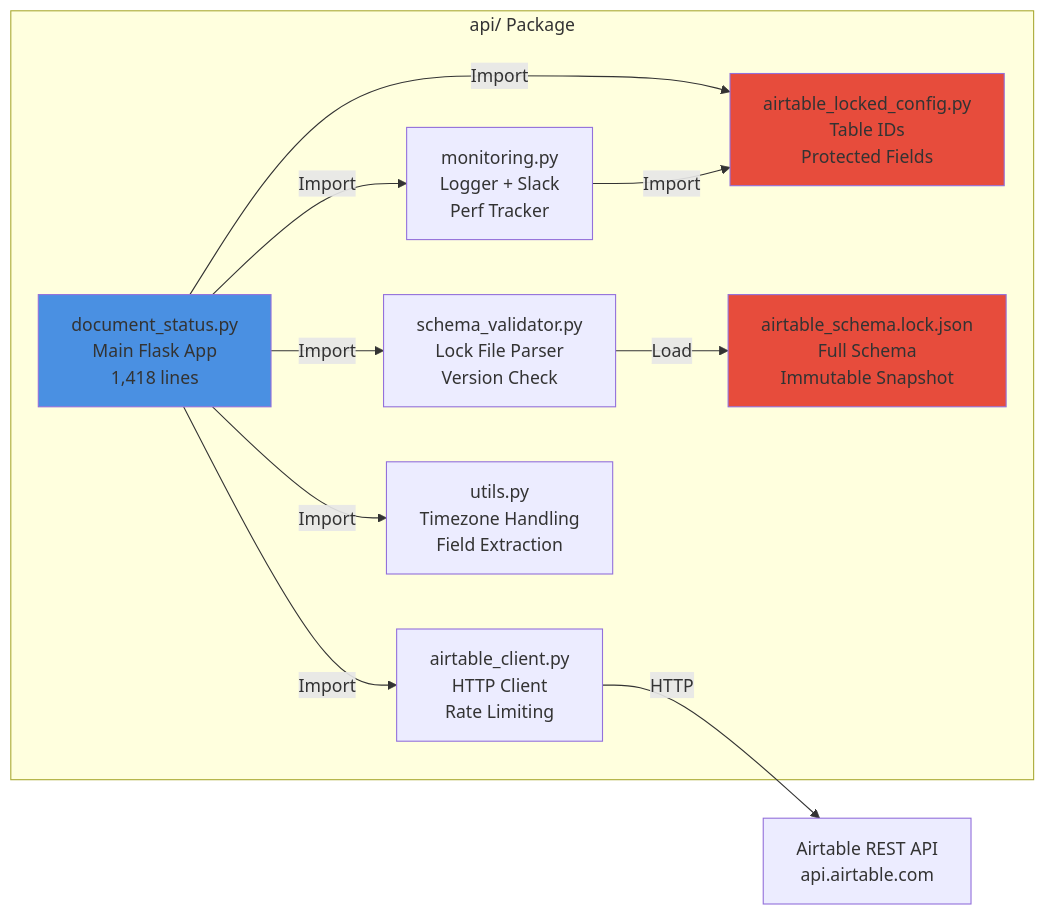
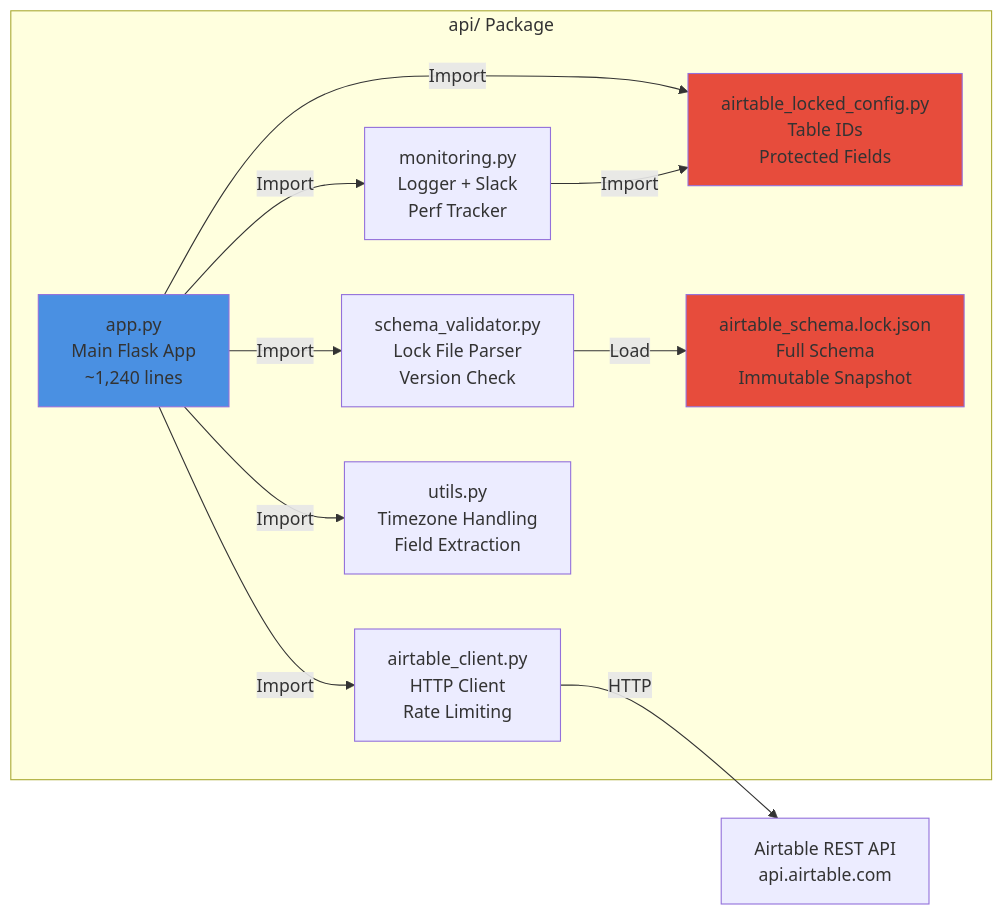
One commit to macho715/GETS-Logistics-API changed the third of 10 diagrams in ARCHITECTURE.md. Above: the diagram before and after it, drawn with Mermaid. The commit also changed other lines of this file and 51 other files, not shown here.

````diff
--- a/ARCHITECTURE.md
+++ b/ARCHITECTURE.md
@@ -145,33 +145,33 @@
 ```mermaid
 graph LR
     subgraph "api/ Package"
-        DS[document_status.py<br/>Main Flask App<br/>1,418 lines]
+        APP[app.py<br/>Main Flask App<br/>~1,240 lines]
 
         AC[airtable_client.py<br/>HTTP Client<br/>Rate Limiting]
 
         SV[schema_validator.py<br/>Lock File Parser<br/>Version Check]
 
         MON[monitoring.py<br/>Logger + Slack<br/>Perf Tracker]
 
         UT[utils.py<br/>Timezone Handling<br/>Field Extraction]
 
         LC[airtable_locked_config.py<br/>Table IDs<br/>Protected Fields]
 
         LS[airtable_schema.lock.json<br/>Full Schema<br/>Immutable Snapshot]
     end
 
-    DS -->|Import| AC
-    DS -->|Import| SV
-    DS -->|Import| MON
-    DS -->|Import| UT
-    DS -->|Import| LC
+    APP -->|Import| AC
+    APP -->|Import| SV
+    APP -->|Import| MON
+    APP -->|Import| UT
+    APP -->|Import| LC
 
     SV -->|Load| LS
     MON -->|Import| LC
 
     AC -->|HTTP| AIRTABLE_API[Airtable REST API<br/>api.airtable.com]
 
-    style DS fill:#4a90e2
+    style APP fill:#4a90e2
     style LC fill:#e74c3c
     style LS fill:#e74c3c
 ```
````
